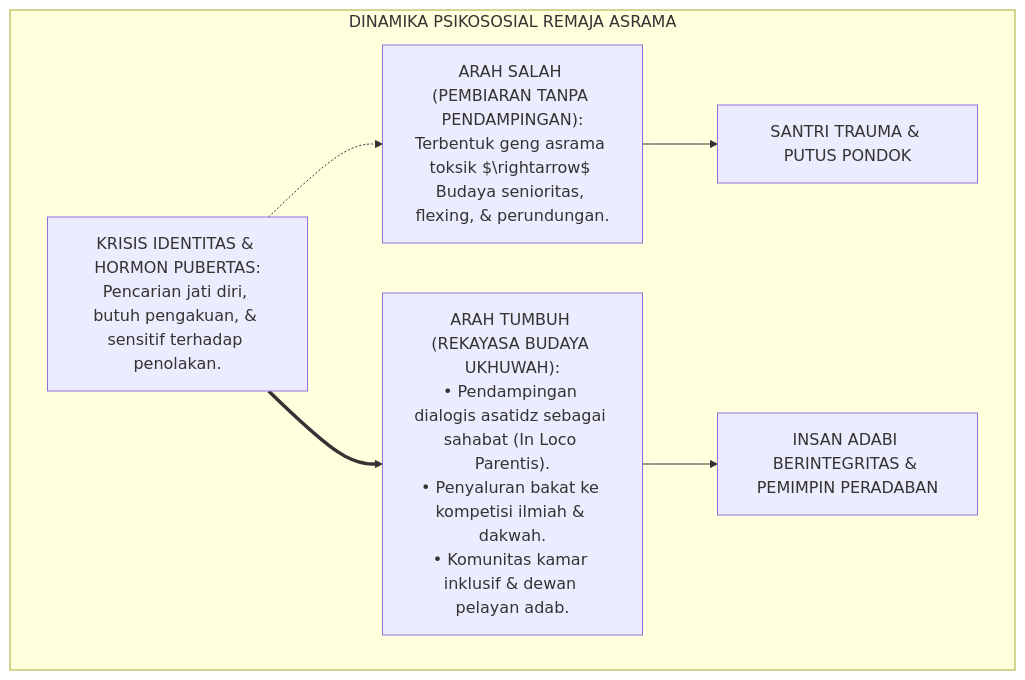
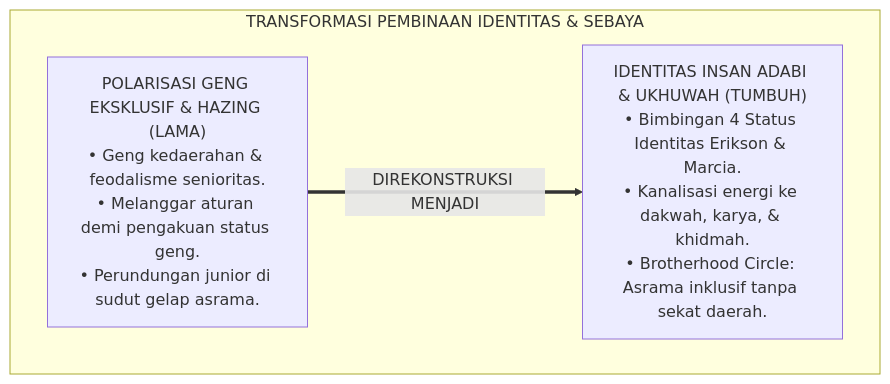
Before and after one commit to wandiapriliyandi/tumbuh: the first of 3 diagrams in 02 Principles/04 Development Principles/P2-04-05-Prinsip-Navigasi-Krisis-Identitas-dan-Resistensi-Sebaya.md, drawn with Mermaid. The commit also changed other lines of this file and 7 other files, not shown here.

````diff
--- a/02 Principles/04 Development Principles/P2-04-05-Prinsip-Navigasi-Krisis-Identitas-dan-Resistensi-Sebaya.md
+++ b/02 Principles/04 Development Principles/P2-04-05-Prinsip-Navigasi-Krisis-Identitas-dan-Resistensi-Sebaya.md
@@ -56,16 +56,10 @@
 ```mermaid
 flowchart TD
-    subgraph DinamikaIdentitasRemajaPesantren["DINAMIKA PSIKOSOSIAL REMAJA ASRAMA"]
-        Krisis["KRISIS IDENTITAS & HORMON PUBERTAS:<br/>Pencarian jati diri, butuh pengakuan, & sensitif terhadap penolakan."]
+    subgraph TransformasiDinamikaSebaya["TRANSFORMASI PEMBINAAN IDENTITAS & SEBAYA"]
+        PolaGengLama["POLARISASI GENG EKSKLUSIF & HAZING (LAMA)<br/>• Geng kedaerahan & feodalisme senioritas.<br/>• Melanggar aturan demi pengakuan status geng.<br/>• Perundungan junior di sudut gelap asrama."]
         
-        Salah["ARAH SALAH (PEMBIARAN TANPA PENDAMPINGAN):<br/>Terbentuk geng asrama toksik $\rightarrow$ Budaya senioritas, flexing, & perundungan."]
+        PolaUkhuwahTUMBUH["IDENTITAS INSAN ADABI & UKHUWAH (TUMBUH)<br/>• Bimbingan 4 Status Identitas Erikson & Marcia.<br/>• Kanalisasi energi ke dakwah, karya, & khidmah.<br/>• Brotherhood Circle: Asrama inklusif tanpa sekat daerah."]
         
-        Benar["ARAH TUMBUH (REKAYASA BUDAYA UKHUWAH):<br/>• Pendampingan dialogis asatidz sebagai sahabat (In Loco Parentis).<br/>• Penyaluran bakat ke kompetisi ilmiah & dakwah.<br/>• Komunitas kamar inklusif & dewan pelayan adab."]
-        
-        Krisis -.-> Salah
-        Krisis ==> Benar
-        
-        Salah --> Kehancuran["SANTRI TRAUMA & PUTUS PONDOK"]
-        Benar --> Unggul["INSAN ADABI BERINTEGRITAS & PEMIMPIN PERADABAN"]
+        PolaGengLama ==>|DIREKONSTRUKSI MENJADI| PolaUkhuwahTUMBUH
     end
 ```
````
